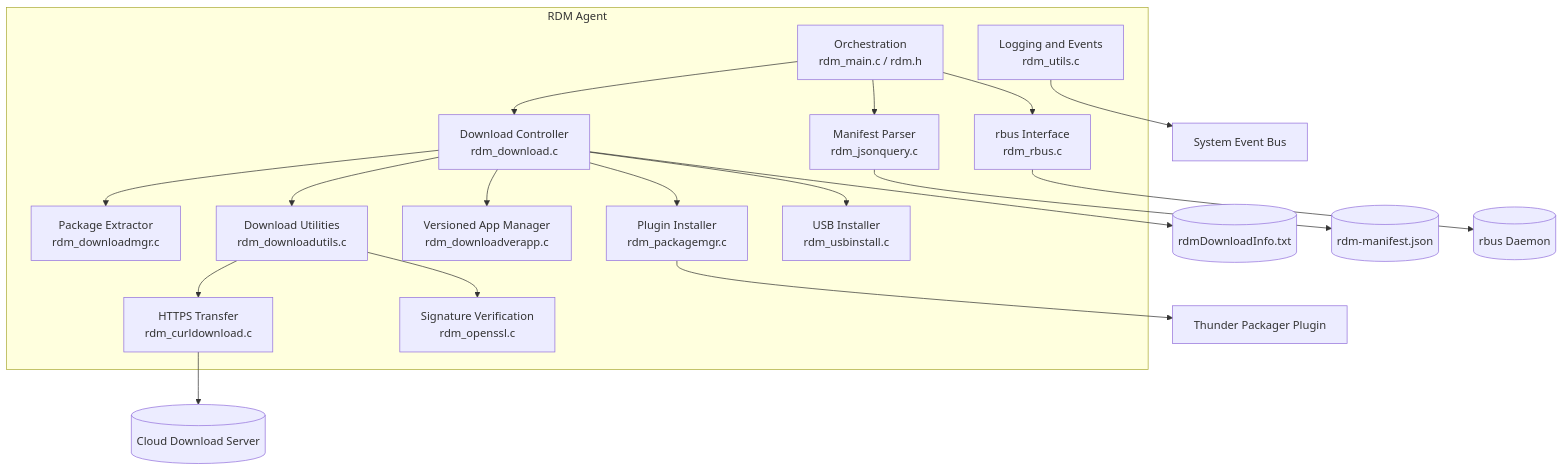
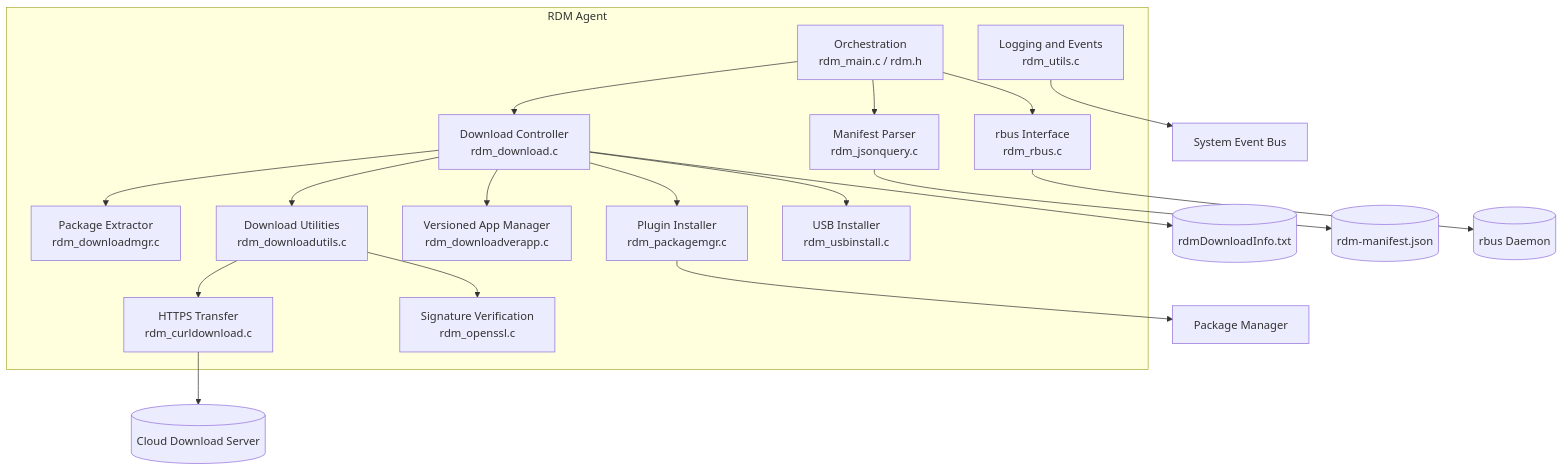
The second of 7 diagrams in docs/docu/RDKV-Documentations/rdm-agent.md (rns21/RDK_Documentation), drawn with Mermaid before and after one commit. The commit also changed other lines of this file, not shown here.

````diff
--- a/docs/docu/RDKV-Documentations/rdm-agent.md
+++ b/docs/docu/RDKV-Documentations/rdm-agent.md
@@ -82,42 +82,42 @@
 ```mermaid
 graph TD
 
     subgraph RDMAgent["RDM Agent"]
         Main["Orchestration\nrdm_main.c / rdm.h"]
         DL["Download Controller\nrdm_download.c"]
         DM["Package Extractor\nrdm_downloadmgr.c"]
         DU["Download Utilities\nrdm_downloadutils.c"]
         DVA["Versioned App Manager\nrdm_downloadverapp.c"]
         RBUS["rbus Interface\nrdm_rbus.c"]
         CURL["HTTPS Transfer\nrdm_curldownload.c"]
         SSL["Signature Verification\nrdm_openssl.c"]
         JSON["Manifest Parser\nrdm_jsonquery.c"]
         PKG["Plugin Installer\nrdm_packagemgr.c"]
         USB["USB Installer\nrdm_usbinstall.c"]
         UTILS["Logging and Events\nrdm_utils.c"]
     end
 
     RbusD[("rbus Daemon")]
     CloudSrv[("Cloud Download Server")]
-    ThunderPkg["Thunder Packager Plugin"]
+    ThunderPkg["Package Manager"]
     EventBus["System Event Bus"]
     Manifest[("rdm-manifest.json")]
     DLInfo[("rdmDownloadInfo.txt")]
 
     Main --> DL
     Main --> JSON
     Main --> RBUS
     DL --> DM
     DL --> DU
     DL --> DVA
     DL --> PKG
     DL --> USB
     DU --> CURL
     DU --> SSL
     RBUS --> RbusD
     CURL --> CloudSrv
     PKG --> ThunderPkg
     UTILS --> EventBus
     JSON --> Manifest
     DL --> DLInfo
 ```
````
